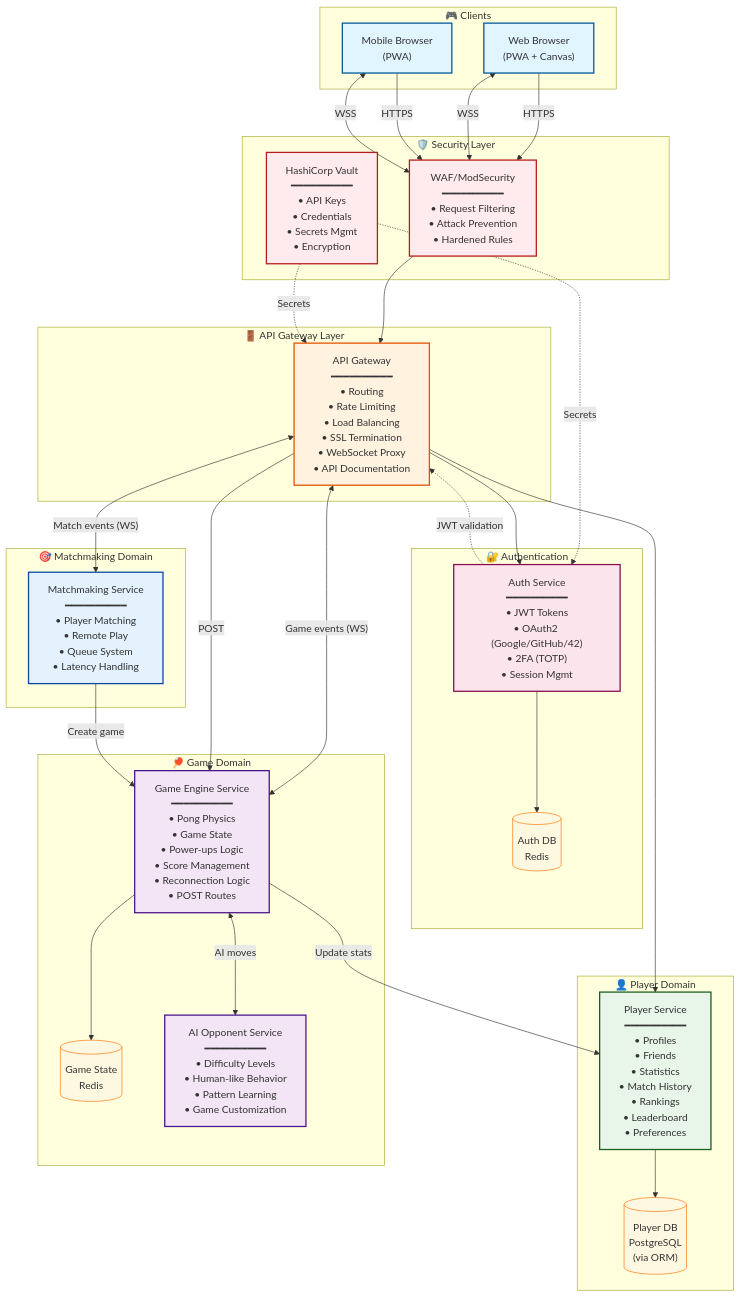
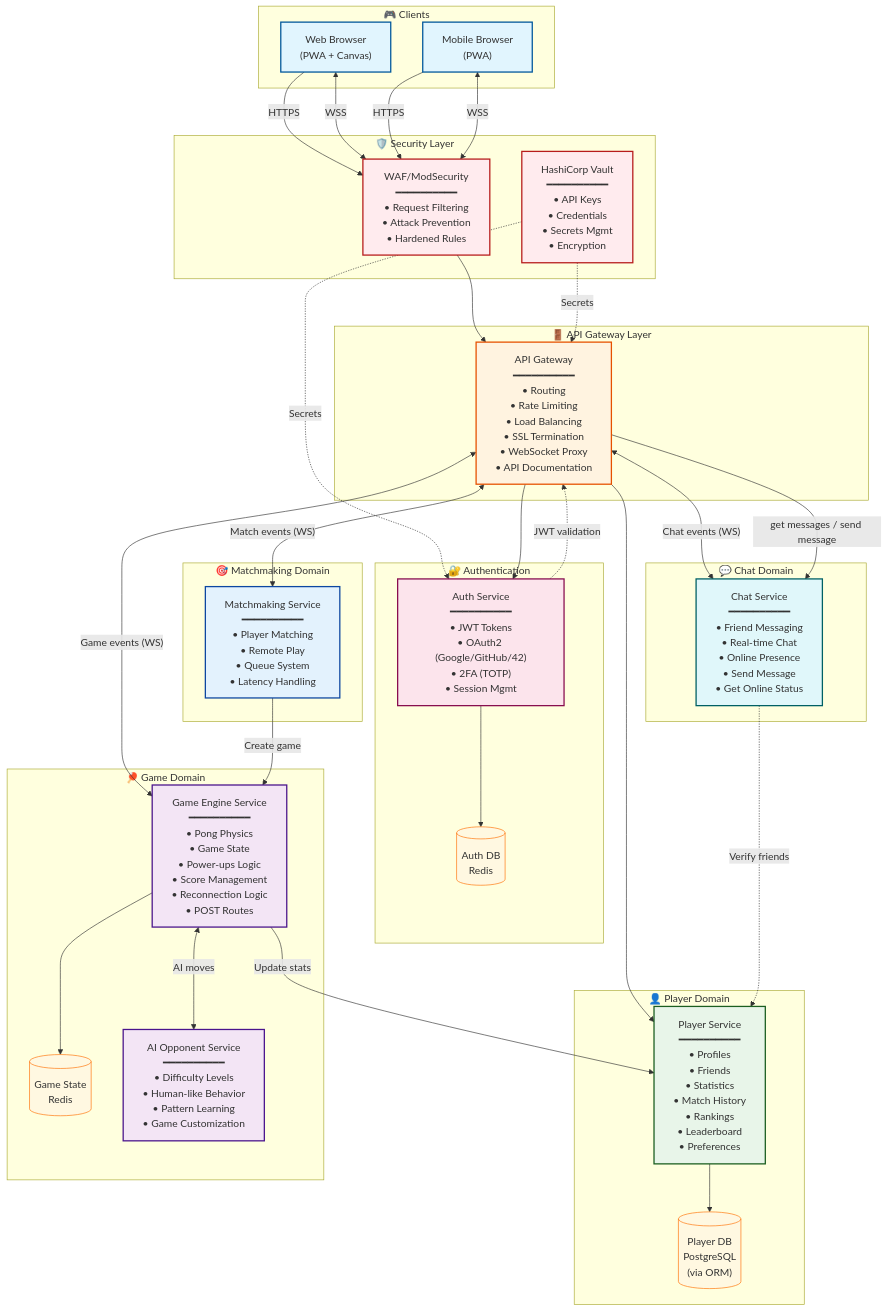
One commit to Eveline-Lim/transcendence changed the diagram in docs/architectures/global-view.md. Above: the diagram before and after it, drawn with Mermaid.

Commit message:
feat: add Chat Service to architecture diagram and update API Gateway interactions

````diff
--- a/docs/architectures/global-view.md
+++ b/docs/architectures/global-view.md
@@ -1,75 +1,81 @@
 ```mermaid
 ---
 config:
   layout: dagre
 ---
 flowchart TB
  subgraph Clients["🎮 Clients"]
         Browser["Web Browser<br>(PWA + Canvas)"]
         Mobile["Mobile Browser<br>(PWA)"]
   end
  subgraph Security["🛡️ Security Layer"]
         WAF["WAF/ModSecurity<br>━━━━━━━━━━<br>• Request Filtering<br>• Attack Prevention<br>• Hardened Rules"]
         Vault["HashiCorp Vault<br>━━━━━━━━━━<br>• API Keys<br>• Credentials<br>• Secrets Mgmt<br>• Encryption"]
   end
  subgraph Gateway["🚪 API Gateway Layer"]
         APIGW["API Gateway<br>━━━━━━━━━━<br>• Routing<br>• Rate Limiting<br>• Load Balancing<br>• SSL Termination<br>• WebSocket Proxy<br>• API Documentation"]
   end
  subgraph Auth["🔐 Authentication"]
         AuthService["Auth Service<br>━━━━━━━━━━<br>• JWT Tokens<br>• OAuth2 (Google/GitHub/42)<br>• 2FA (TOTP)<br>• Session Mgmt"]
         AuthDB[("Auth DB<br>Redis")]
   end
  subgraph PlayerDomain["👤 Player Domain"]
         PlayerService["Player Service<br>━━━━━━━━━━<br>• Profiles<br>• Friends<br>• Statistics<br>• Match History<br>• Rankings<br>• Leaderboard<br>• Preferences"]
         PlayerDB[("Player DB<br>PostgreSQL<br>(via ORM)")]
   end
  subgraph GameDomain["🏓 Game Domain"]
         GameEngine["Game Engine Service<br>━━━━━━━━━━<br>• Pong Physics<br>• Game State<br>• Power-ups Logic<br>• Score Management<br>• Reconnection Logic<br>• POST Routes"]
         GameState[("Game State<br>Redis")]
         AIService["AI Opponent Service<br>━━━━━━━━━━<br>• Difficulty Levels<br>• Human-like Behavior<br>• Pattern Learning<br>• Game Customization"]
   end
  subgraph MatchDomain["🎯 Matchmaking Domain"]
         MatchService["Matchmaking Service<br>━━━━━━━━━━<br>• Player Matching<br>• Remote Play<br>• Queue System<br>• Latency Handling"]
   end
+ subgraph ChatDomain["💬 Chat Domain"]
+        ChatService["Chat Service<br>━━━━━━━━━━<br>• Friend Messaging<br>• Real-time Chat<br>• Online Presence<br>• Send Message<br>• Get Online Status"]
+  end
     Browser -- HTTPS --> WAF
     Browser <-- WSS --> WAF
     Mobile -- HTTPS --> WAF
     Mobile <-- WSS --> WAF
     WAF --> APIGW
     Vault -. Secrets .-> AuthService & APIGW
     APIGW --> AuthService & PlayerService
     APIGW <-- Game events (WS) --> GameEngine
-    APIGW -- POST --> GameEngine
     APIGW <-- Match events (WS) --> MatchService
+    APIGW <-- Chat events (WS) --> ChatService
+    APIGW -- get messages / send message --> ChatService
     AuthService --> AuthDB
     AuthService -. JWT validation .-> APIGW
     PlayerService --> PlayerDB
     GameEngine --> GameState
     GameEngine -- Update stats --> PlayerService
     GameEngine <-- AI moves --> AIService
     MatchService -- Create game --> GameEngine
+    ChatService -. Verify friends .-> PlayerService
 
      Browser:::client
      Mobile:::client
      WAF:::security
      Vault:::security
      APIGW:::gateway
      AuthService:::auth
      AuthDB:::db
      PlayerService:::player
      PlayerDB:::db
      GameEngine:::game
      GameState:::db
      AIService:::game
      MatchService:::match
+     ChatService:::chat
     classDef client fill:#e1f5fe,stroke:#01579b,stroke-width:2px
     classDef security fill:#ffebee,stroke:#b71c1c,stroke-width:2px
     classDef gateway fill:#fff3e0,stroke:#e65100,stroke-width:2px
     classDef auth fill:#fce4ec,stroke:#880e4f,stroke-width:2px
     classDef player fill:#e8f5e9,stroke:#1b5e20,stroke-width:2px
     classDef chat fill:#e0f7fa,stroke:#006064,stroke-width:2px
     classDef game fill:#f3e5f5,stroke:#4a148c,stroke-width:2px
     classDef match fill:#e3f2fd,stroke:#0d47a1,stroke-width:2px
     classDef monitoring fill:#fff9c4,stroke:#f57f17,stroke-width:2px
     classDef db fill:#fff8e1,stroke:#ff6f00,stroke-width:1px
 ```
````
